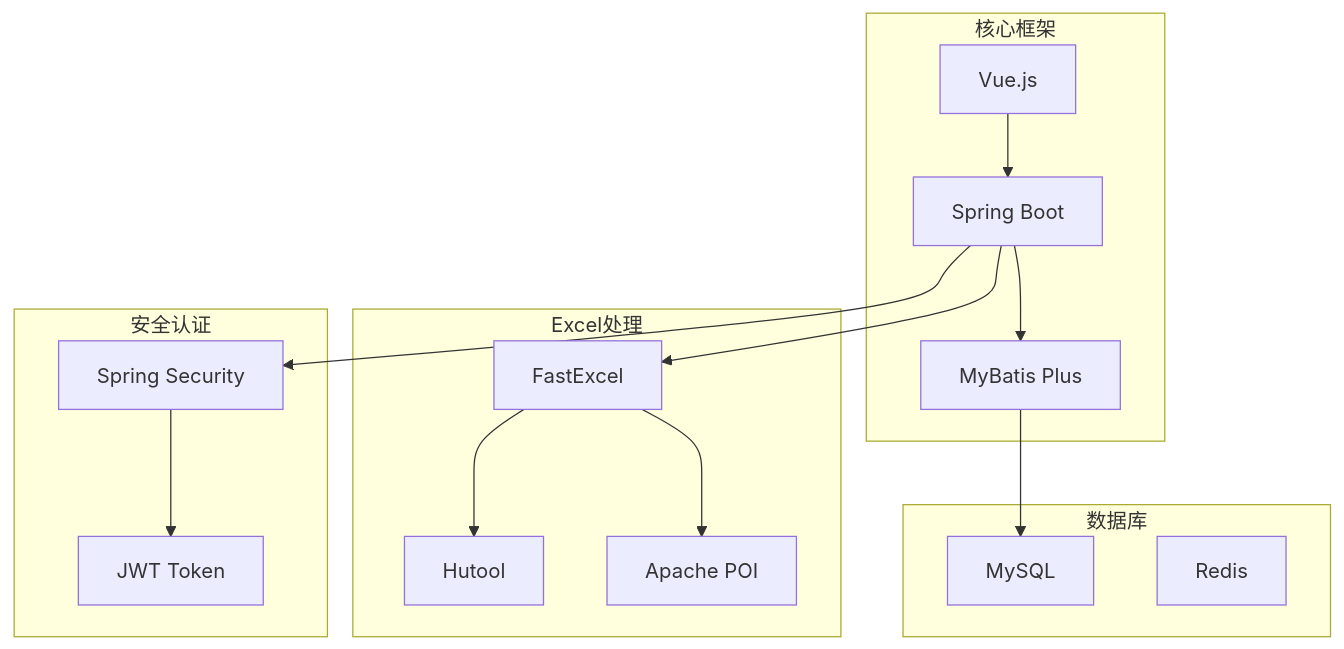
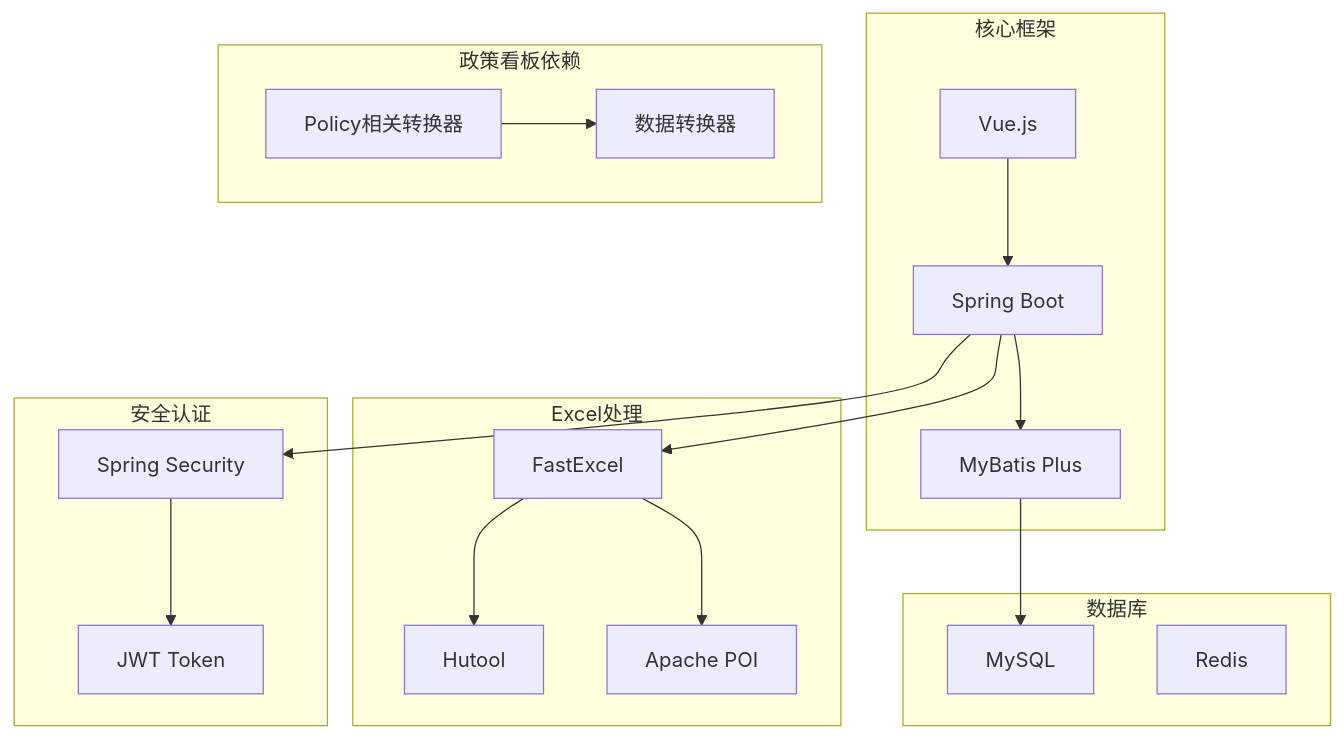
One commit to xiaoche80s-tech/rouyi-vue-pro changed the eighth of 10 diagrams in .qoder/repowiki/zh/content/核心模块/Excel批量导入功能.md. Above: the diagram before and after it, drawn with Mermaid. The commit also changed other lines of this file and 900 other files, not shown here.

````diff
--- a/.qoder/repowiki/zh/content/核心模块/Excel批量导入功能.md
+++ b/.qoder/repowiki/zh/content/核心模块/Excel批量导入功能.md
@@ -449,29 +558,34 @@
 ```mermaid
 graph TD
 subgraph "核心框架"
 SB[Spring Boot]
 VUE[Vue.js]
 MP[MyBatis Plus]
 end
 subgraph "Excel处理"
 FE[FastExcel]
 HUTOOL[Hutool]
 POI[Apache POI]
 end
 subgraph "数据库"
 MYSQL[MySQL]
 REDIS[Redis]
 end
 subgraph "安全认证"
 SECURITY[Spring Security]
 JWT[JWT Token]
 end
+subgraph "政策看板依赖"
+POLICY[Policy相关转换器]
+CONVERT[数据转换器]
+end
 SB --> FE
 SB --> MP
 SB --> SECURITY
 VUE --> SB
 FE --> HUTOOL
 FE --> POI
 MP --> MYSQL
 SECURITY --> JWT
+POLICY --> CONVERT
 ```
````
